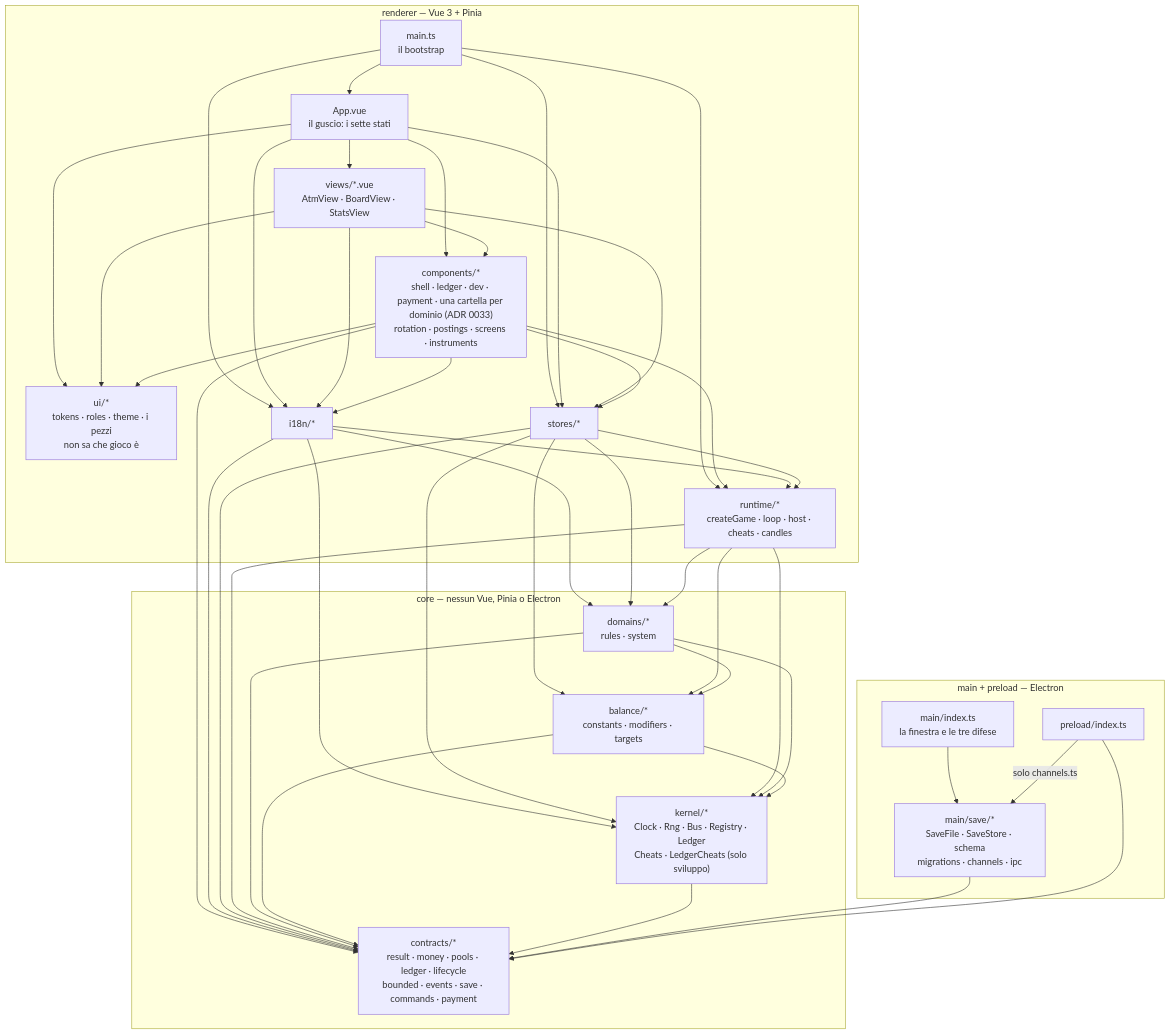
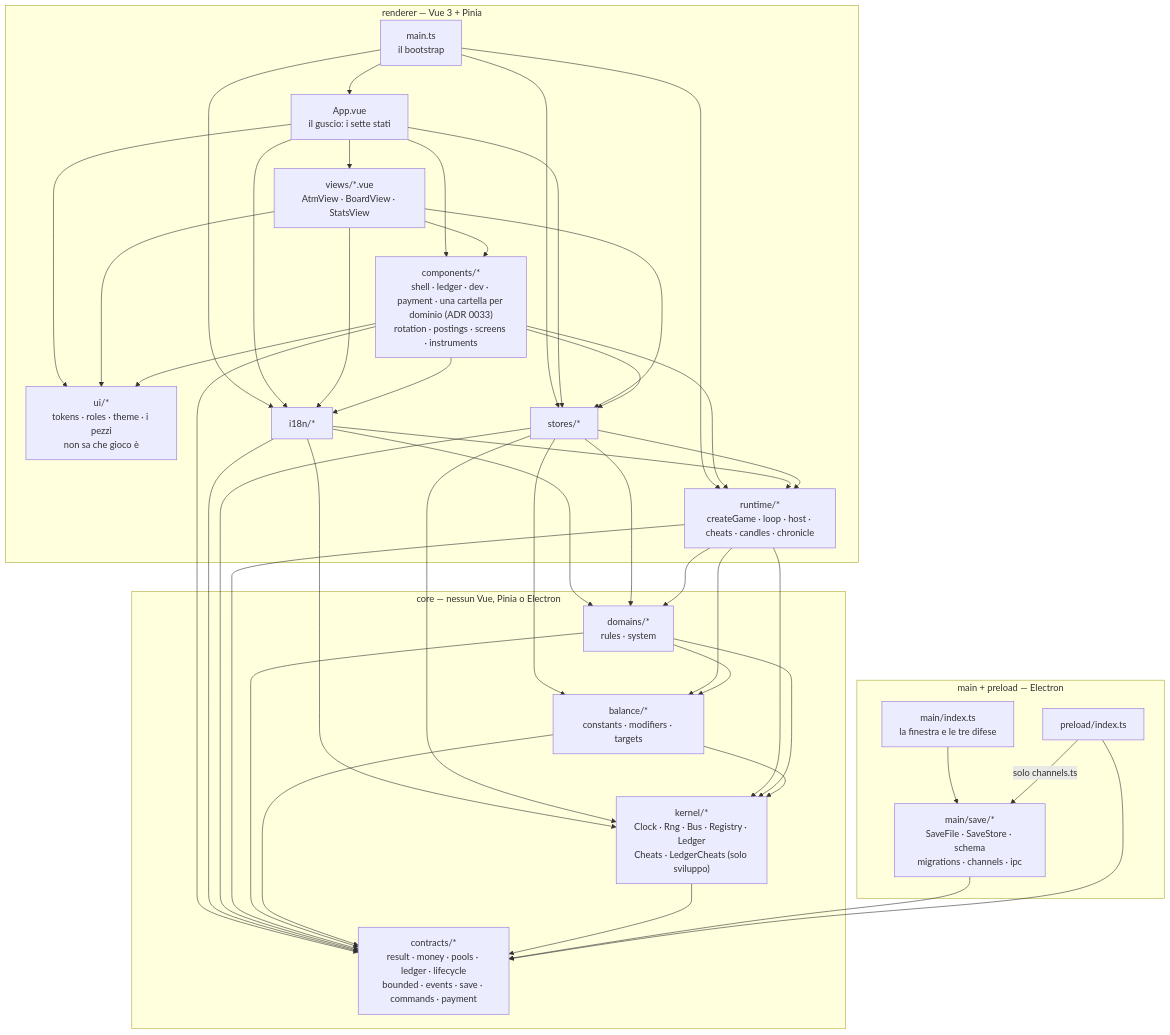
The diagram in docs/architettura.md (devfrx/solvent), drawn with Mermaid before and after one commit. The commit also changed other lines of this file and 19 other files, not shown here.

````diff
--- a/docs/architettura.md
+++ b/docs/architettura.md
@@ -14,68 +14,68 @@
 ```mermaid
 flowchart TD
   subgraph PLAT["main + preload — Electron"]
     MAIN["main/index.ts<br/>la finestra e le tre difese"]
     SAVE["main/save/*<br/>SaveFile · SaveStore · schema<br/>migrations · channels · ipc"]
     PRE["preload/index.ts"]
   end
 
   subgraph REND["renderer — Vue 3 + Pinia"]
     BOOT["main.ts<br/>il bootstrap"]
     APP["App.vue<br/>il guscio: i sette stati"]
     VIEWS["views/*.vue<br/>AtmView · BoardView · StatsView"]
     CMP["components/*<br/>shell · ledger · dev · payment · una cartella per dominio (ADR 0033)<br/>rotation · postings · screens · instruments"]
     UI["ui/*<br/>tokens · roles · theme · i pezzi<br/>non sa che gioco è"]
     I18N["i18n/*"]
     ST["stores/*"]
-    RT["runtime/*<br/>createGame · loop · host · cheats · candles"]
+    RT["runtime/*<br/>createGame · loop · host · cheats · candles · chronicle"]
   end
 
   subgraph CORE["core — nessun Vue, Pinia o Electron"]
     DOM["domains/*<br/>rules · system"]
     BAL["balance/*<br/>constants · modifiers · targets"]
     KER["kernel/*<br/>Clock · Rng · Bus · Registry · Ledger<br/>Cheats · LedgerCheats (solo sviluppo)"]
     CON["contracts/*<br/>result · money · pools · ledger · lifecycle<br/>bounded · events · save · commands · payment"]
   end
 
   BOOT --> APP
   BOOT --> ST
   BOOT --> RT
   BOOT --> I18N
   APP --> VIEWS
   APP --> CMP
   APP --> ST
   APP --> I18N
   VIEWS --> CMP
   VIEWS --> ST
   VIEWS --> I18N
   CMP --> ST
   CMP --> I18N
   CMP --> RT
   APP --> UI
   VIEWS --> UI
   CMP --> UI
   CMP --> CON
   I18N --> CON
   I18N --> DOM
   I18N --> KER
   I18N --> RT
   ST  --> RT
   ST  --> DOM
   ST  --> KER
   ST  --> BAL
   ST  --> CON
   RT  --> DOM
   RT  --> KER
   RT  --> BAL
   RT  --> CON
   DOM --> BAL
   DOM --> KER
   DOM --> CON
   BAL --> KER
   BAL --> CON
   KER --> CON
   MAIN --> SAVE
   SAVE --> CON
   PRE --> CON
   PRE -->|solo channels.ts| SAVE
 ```
````
